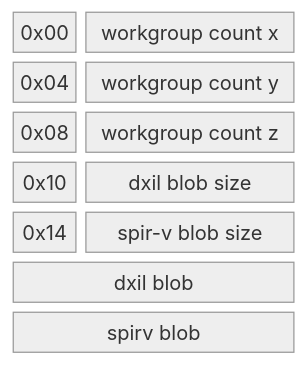
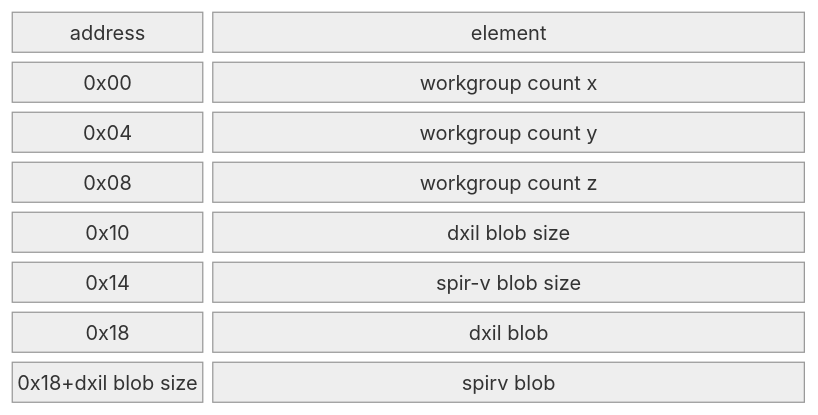
Before and after one commit to rtryan98/rhi: the diagram in README.md, drawn with Mermaid (neutral theme).

Commit message:
make addresses more clear

````diff
--- a/README.md
+++ b/README.md
@@ -98,11 +98,12 @@
 ```mermaid
 block-beta
     columns 4
+    _header["address"]:1 header["element"]:3
     _a["0x00"]:1 a["workgroup count x"]:3
     _b["0x04"]:1 b["workgroup count y"]:3
     _c["0x08"]:1 c["workgroup count z"]:3
     _d["0x10"]:1 d["dxil blob size"]:3
     _e["0x14"]:1 e["spir-v blob size"]:3
-    f["dxil blob"]:4
-    g["spirv blob"]:4
+    _f["0x18"]:1 f["dxil blob"]:3
+    _g["0x18+dxil blob size"]:1 g["spirv blob"]:3
 ```
````
